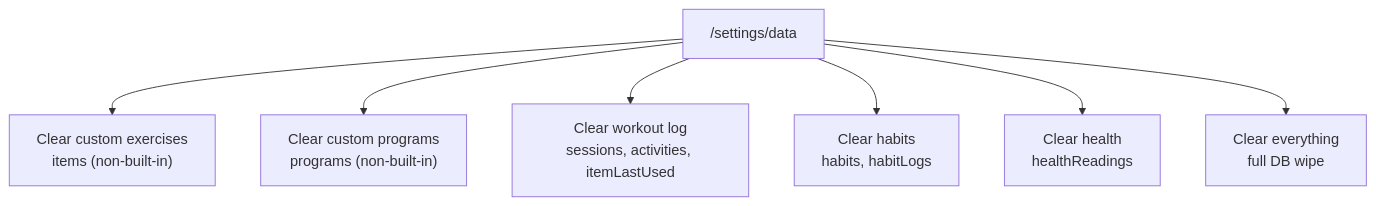
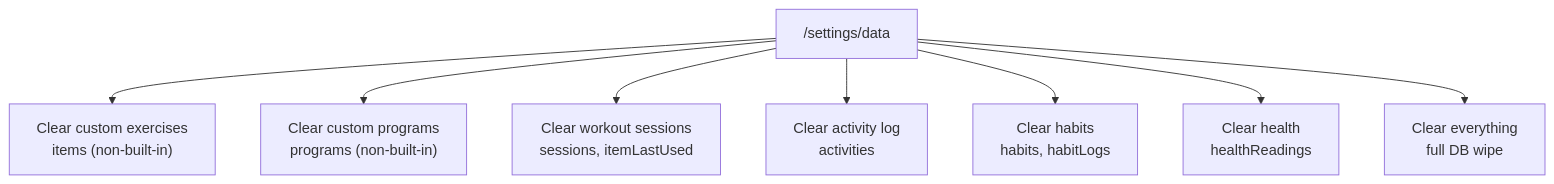
Before and after one commit to jermbo/CosmicWorkOut: the diagram in docs/features/v1.8.0/US-032-granular-data-clearing.md, drawn with Mermaid. The commit also changed other lines of this file and 9 other files, not shown here.

````diff
--- a/docs/features/v1.8.0/US-032-granular-data-clearing.md
+++ b/docs/features/v1.8.0/US-032-granular-data-clearing.md
@@ -28,10 +28,11 @@
 ```mermaid
 flowchart TB
     Data["/settings/data"]
     Data --> Ex["Clear custom exercises<br/>items (non-built-in)"]
     Data --> Pr["Clear custom programs<br/>programs (non-built-in)"]
-    Data --> Log["Clear workout log<br/>sessions, activities, itemLastUsed"]
+    Data --> Ws["Clear workout sessions<br/>sessions, itemLastUsed"]
+    Data --> Al["Clear activity log<br/>activities"]
     Data --> H["Clear habits<br/>habits, habitLogs"]
     Data --> He["Clear health<br/>healthReadings"]
     Data --> All["Clear everything<br/>full DB wipe"]
 ```
````
